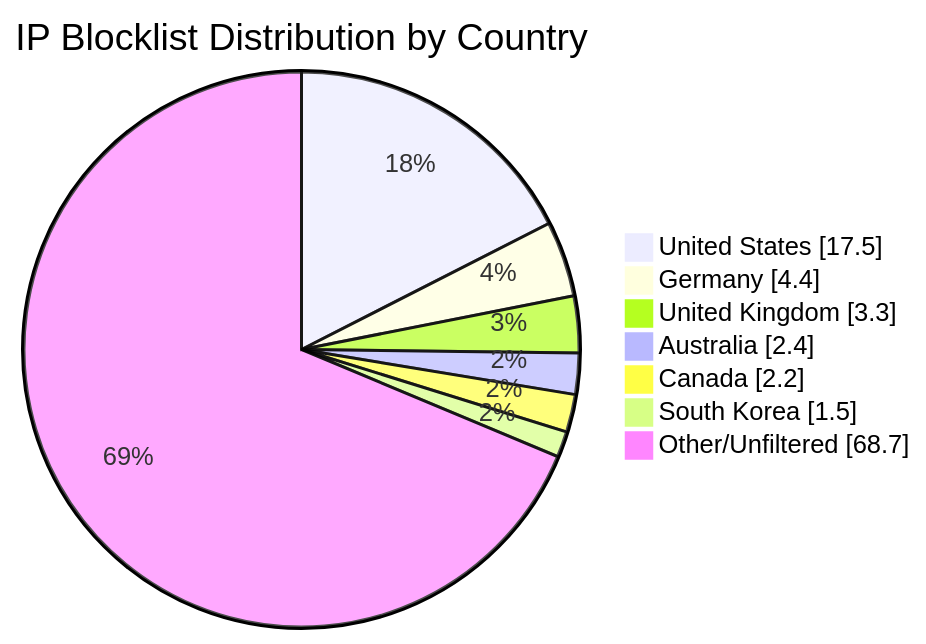
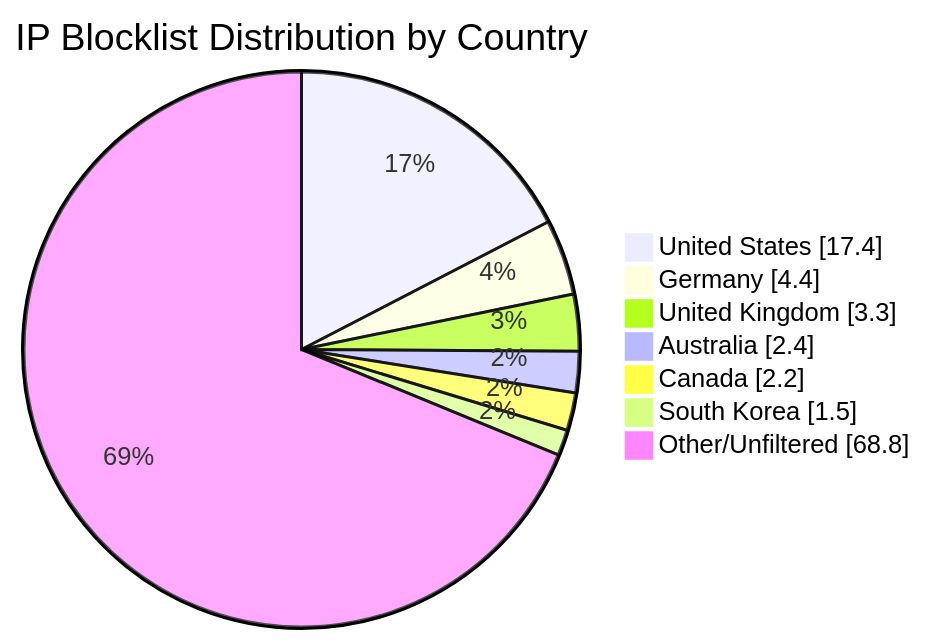
The diagram in README.md (MarcusHoltz/ipblocklist-geofiltered-aggregator), drawn with Mermaid before and after one commit. The commit also changed other lines of this file and 9 other files, not shown here.

````diff
--- a/README.md
+++ b/README.md
@@ -34,10 +34,10 @@
 ```mermaid
 pie showData title IP Blocklist Distribution by Country
-"United States" : 17.5
+"United States" : 17.4
 "Germany" : 4.4
 "United Kingdom" : 3.3
 "Australia" : 2.4
 "Canada" : 2.2
 "South Korea" : 1.5
-"Other/Unfiltered" : 68.7
+"Other/Unfiltered" : 68.8
 ```
````
